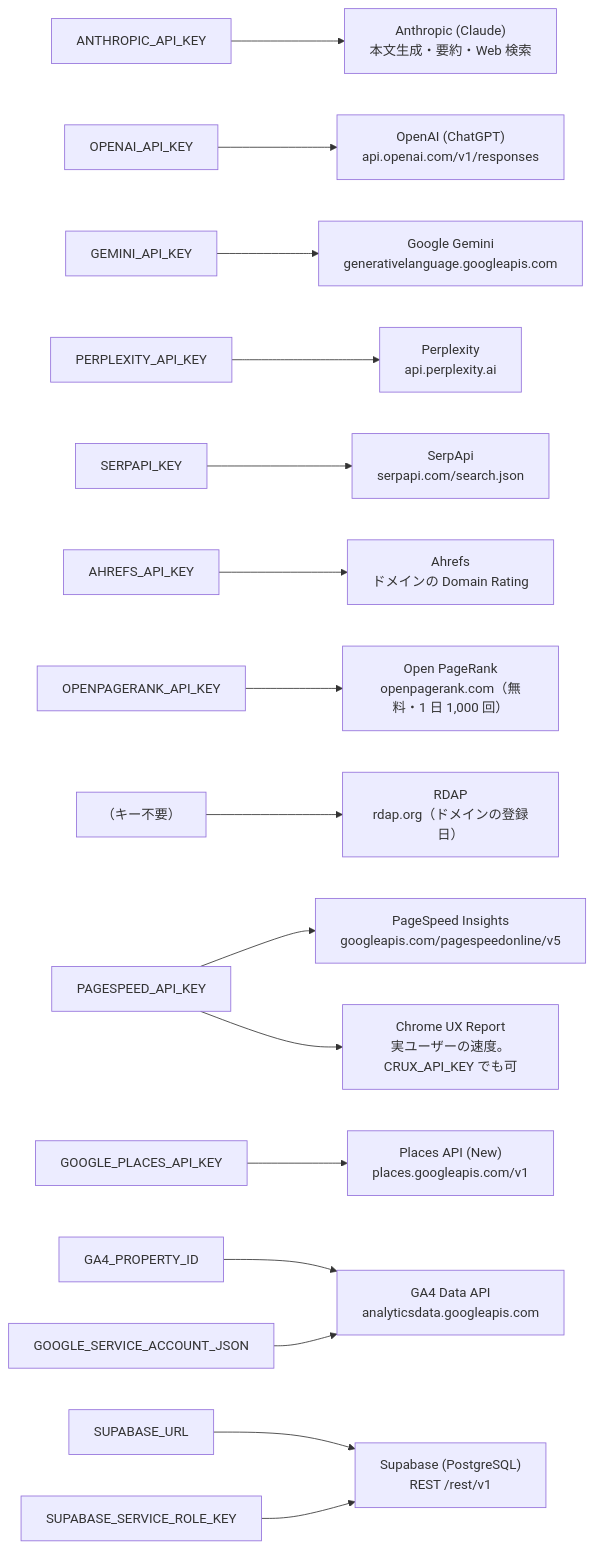
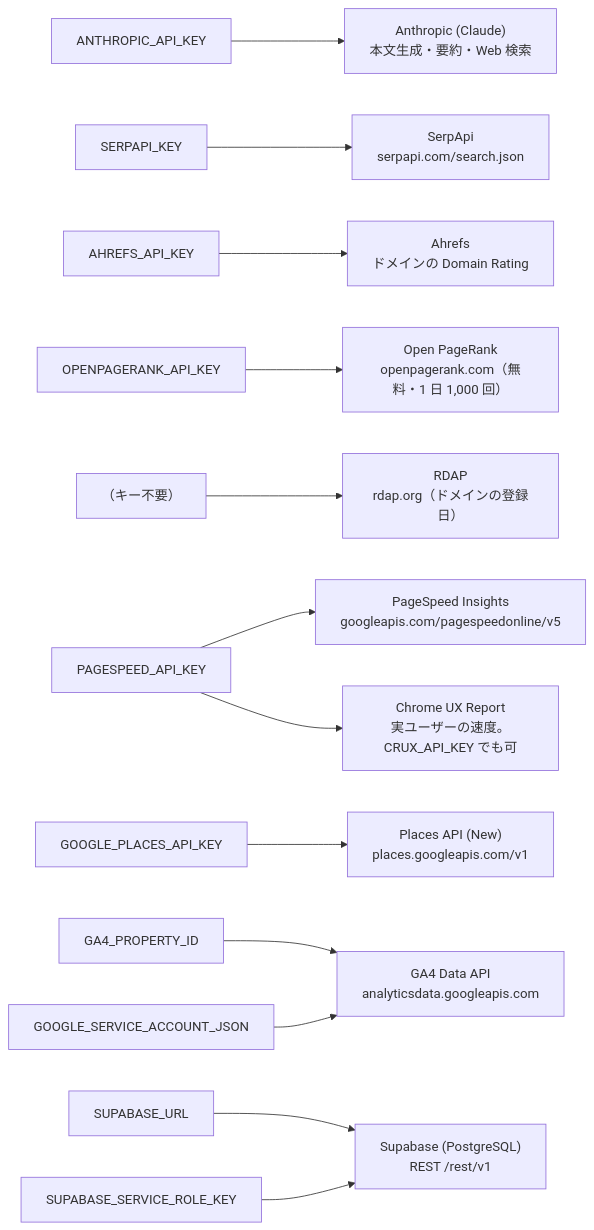
The first of 4 diagrams in docs/dev/tool-map.md (matsu609/seo-checker), drawn with Mermaid before and after one commit. The commit also changed other lines of this file and 20 other files, not shown here.

````diff
--- a/docs/dev/tool-map.md
+++ b/docs/dev/tool-map.md
@@ -50,18 +50,15 @@
 ```mermaid
 flowchart LR
   ANTHROPIC["ANTHROPIC_API_KEY"] --> A["Anthropic (Claude)<br/>本文生成・要約・Web 検索"]
-  OPENAI["OPENAI_API_KEY"] --> O["OpenAI (ChatGPT)<br/>api.openai.com/v1/responses"]
-  GEMINI["GEMINI_API_KEY"] --> G["Google Gemini<br/>generativelanguage.googleapis.com"]
-  PPLX["PERPLEXITY_API_KEY"] --> P["Perplexity<br/>api.perplexity.ai"]
   SERP["SERPAPI_KEY"] --> S["SerpApi<br/>serpapi.com/search.json"]
   AHREFS["AHREFS_API_KEY"] --> AH["Ahrefs<br/>ドメインの Domain Rating"]
   OPR["OPENPAGERANK_API_KEY"] --> OP["Open PageRank<br/>openpagerank.com（無料・1 日 1,000 回）"]
   NOKEY["（キー不要）"] --> RDAP["RDAP<br/>rdap.org（ドメインの登録日）"]
   PSI["PAGESPEED_API_KEY"] --> PS["PageSpeed Insights<br/>googleapis.com/pagespeedonline/v5"]
   PSI --> CRUX["Chrome UX Report<br/>実ユーザーの速度。CRUX_API_KEY でも可"]
   PLACES["GOOGLE_PLACES_API_KEY"] --> PL["Places API (New)<br/>places.googleapis.com/v1"]
   GA4ID["GA4_PROPERTY_ID"] --> GA["GA4 Data API<br/>analyticsdata.googleapis.com"]
   SA["GOOGLE_SERVICE_ACCOUNT_JSON"] --> GA
   SUPAURL["SUPABASE_URL"] --> DB["Supabase (PostgreSQL)<br/>REST /rest/v1"]
   SUPAKEY["SUPABASE_SERVICE_ROLE_KEY"] --> DB
 ```
````
